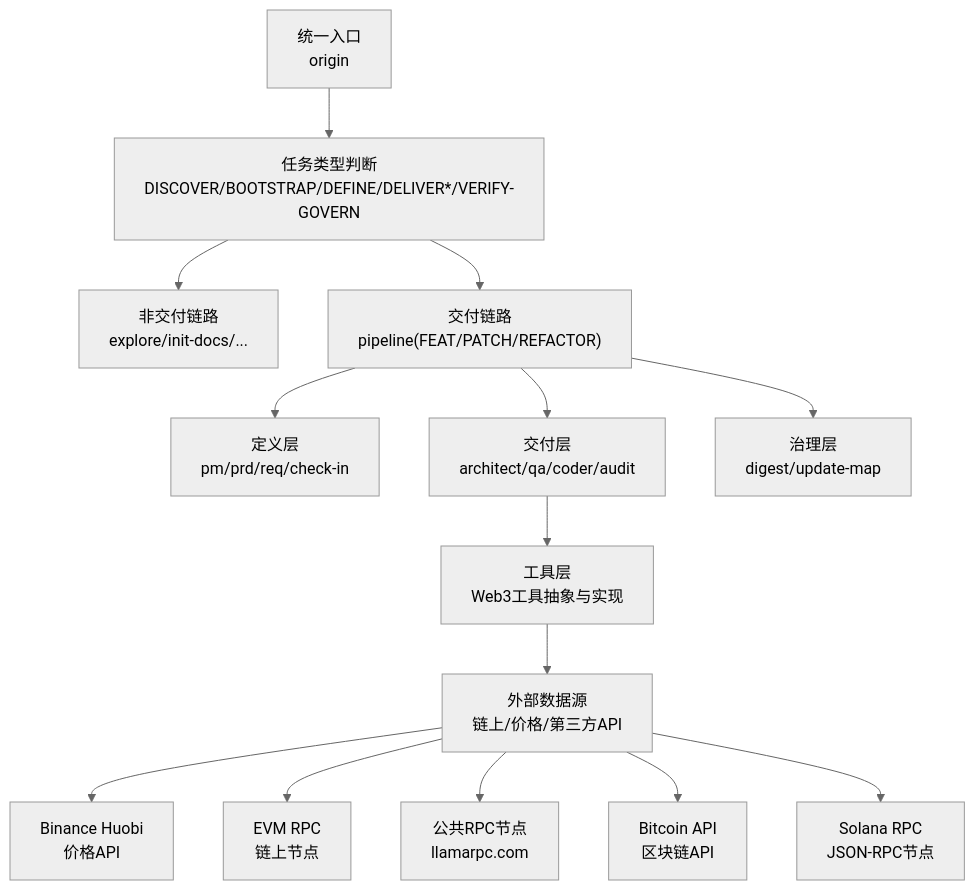
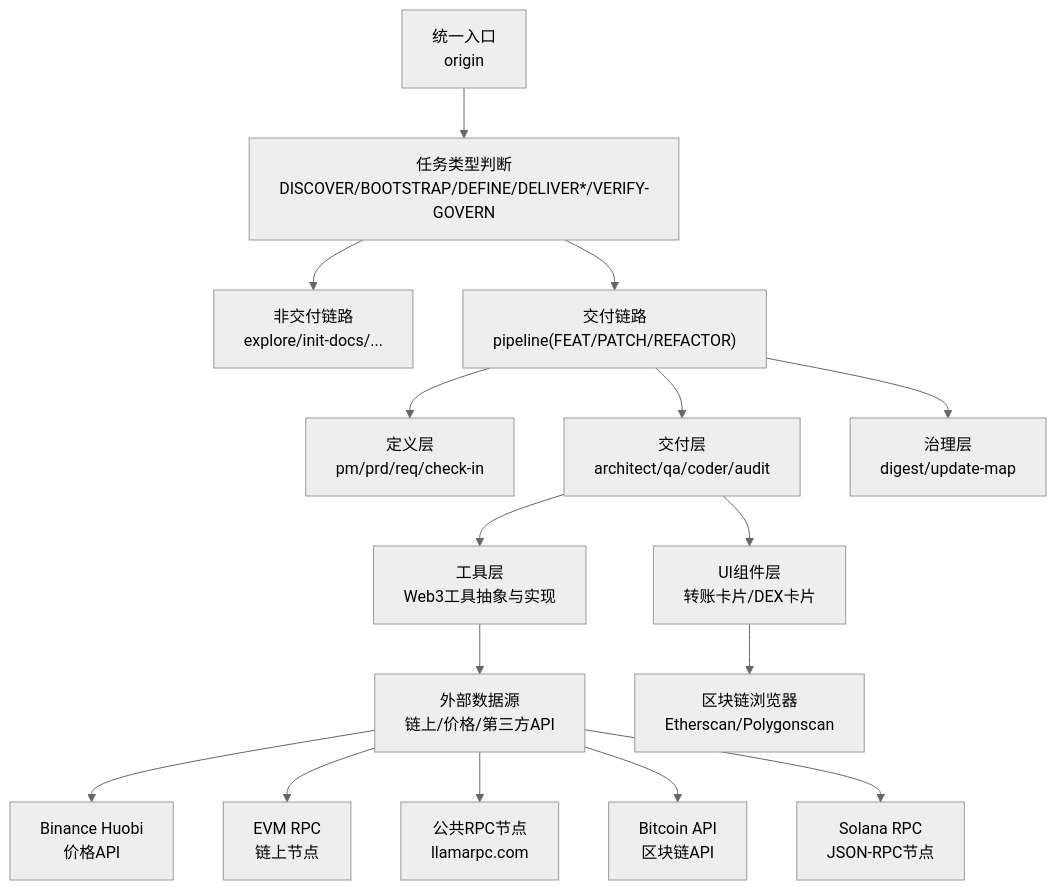
Before and after one commit to CryptoLinxu/Web3-AI-Agent: the first of 9 diagrams in .qoder/repowiki/zh/content/Web3工具集成/Web3工具集成.md, drawn with Mermaid (neutral theme). The commit also changed other lines of this file and 7 other files, not shown here.

````diff
--- a/.qoder/repowiki/zh/content/Web3工具集成/Web3工具集成.md
+++ b/.qoder/repowiki/zh/content/Web3工具集成/Web3工具集成.md
@@ -68,16 +74,18 @@
 ```mermaid
 graph TB
 A["统一入口<br/>origin"] --> B["任务类型判断<br/>DISCOVER/BOOTSTRAP/DEFINE/DELIVER*/VERIFY-GOVERN"]
 B --> C["非交付链路<br/>explore/init-docs/..."]
 B --> D["交付链路<br/>pipeline(FEAT/PATCH/REFACTOR)"]
 D --> E["定义层<br/>pm/prd/req/check-in"]
 D --> F["交付层<br/>architect/qa/coder/audit"]
 D --> G["治理层<br/>digest/update-map"]
 F --> H["工具层<br/>Web3工具抽象与实现"]
-H --> I["外部数据源<br/>链上/价格/第三方API"]
-I --> J["Binance Huobi<br/>价格API"]
-I --> K["EVM RPC<br/>链上节点"]
-I --> L["公共RPC节点<br/>llamarpc.com"]
-I --> M["Bitcoin API<br/>区块链API"]
-I --> N["Solana RPC<br/>JSON-RPC节点"]
+F --> I["UI组件层<br/>转账卡片/DEX卡片"]
+H --> J["外部数据源<br/>链上/价格/第三方API"]
+I --> K["区块链浏览器<br/>Etherscan/Polygonscan"]
+J --> L["Binance Huobi<br/>价格API"]
+J --> M["EVM RPC<br/>链上节点"]
+J --> N["公共RPC节点<br/>llamarpc.com"]
+J --> O["Bitcoin API<br/>区块链API"]
+J --> P["Solana RPC<br/>JSON-RPC节点"]
 ```
````
